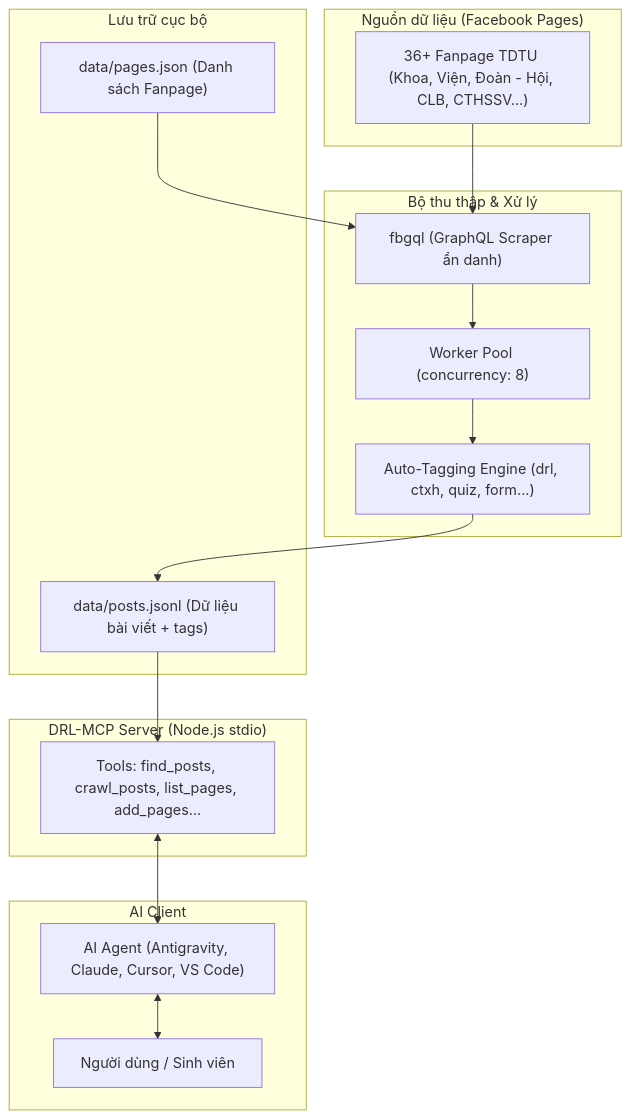
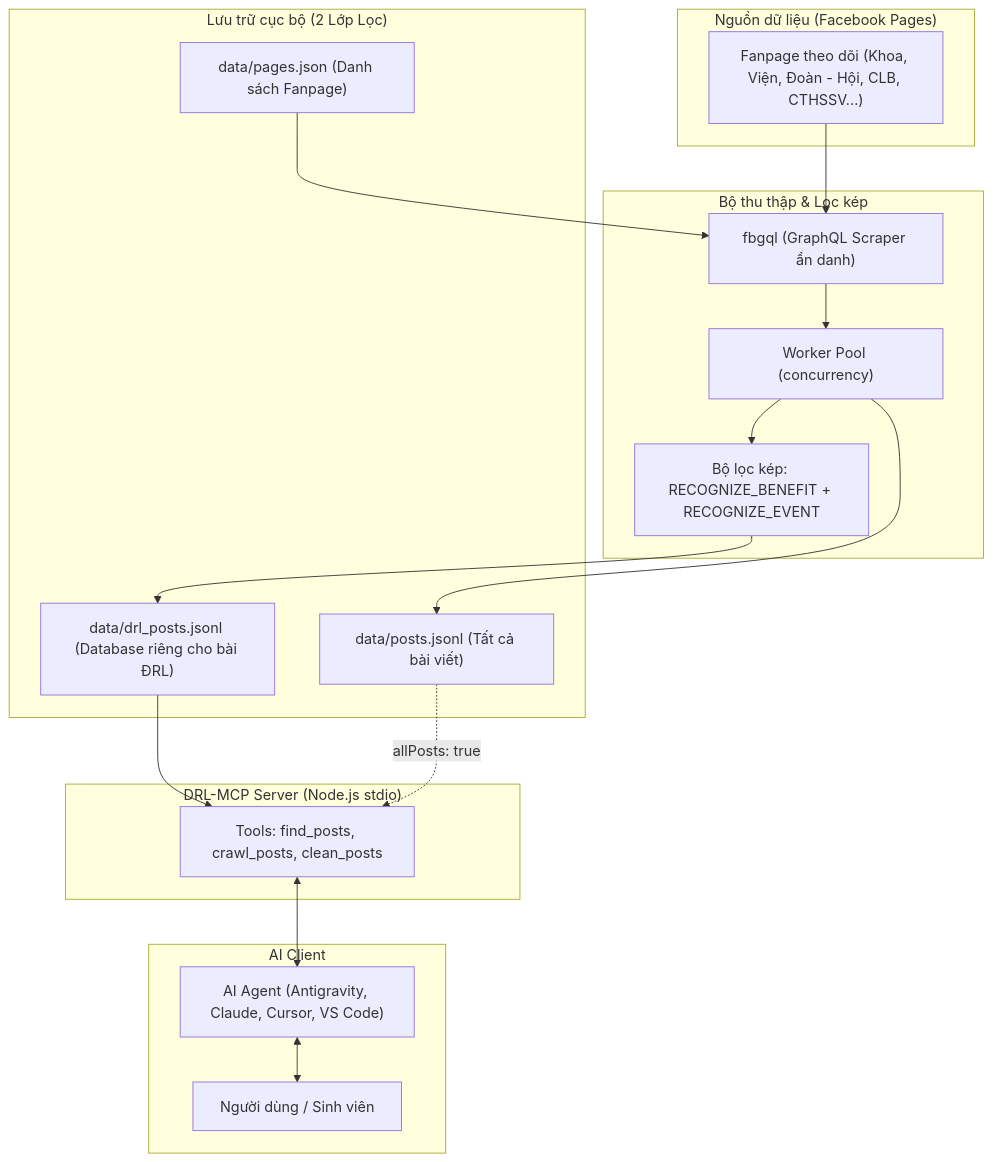
One commit to MinhKhoa05/DRL-MCP changed the diagram in README.md. Above: the diagram before and after it, drawn with Mermaid. The commit also changed other lines of this file and 6 other files, not shown here.

Commit message:
refactor: streamline MCP tools, introduce two-tier DRL storage, and rename skill to fb-drl-tracker

````diff
--- a/README.md
+++ b/README.md
@@ -18,33 +18,36 @@
 ```mermaid
 flowchart TD
     subgraph Sources["Nguồn dữ liệu (Facebook Pages)"]
-        FB["36+ Fanpage TDTU (Khoa, Viện, Đoàn - Hội, CLB, CTHSSV...)"]
+        FB["Fanpage theo dõi (Khoa, Viện, Đoàn - Hội, CLB, CTHSSV...)"]
     end
 
-    subgraph Crawler["Bộ thu thập & Xử lý"]
+    subgraph Crawler["Bộ thu thập & Lọc kép"]
         GQL["fbgql (GraphQL Scraper ẩn danh)"]
-        POOL["Worker Pool (concurrency: 8)"]
-        TAG["Auto-Tagging Engine (drl, ctxh, quiz, form...)"]
-        GQL --> POOL --> TAG
+        POOL["Worker Pool (concurrency)"]
+        FILTER["Bộ lọc kép: RECOGNIZE_BENEFIT + RECOGNIZE_EVENT"]
+        GQL --> POOL --> FILTER
     end
 
-    subgraph Storage["Lưu trữ cục bộ"]
+    subgraph Storage["Lưu trữ cục bộ (2 Lớp Lọc)"]
         PAGES["data/pages.json (Danh sách Fanpage)"]
-        POSTS["data/posts.jsonl (Dữ liệu bài viết + tags)"]
+        ALL["data/posts.jsonl (Tất cả bài viết)"]
+        DRL["data/drl_posts.jsonl (Database riêng cho bài ĐRL)"]
     end
 
     subgraph Server["DRL-MCP Server (Node.js stdio)"]
-        TOOLS["Tools: find_posts, crawl_posts, list_pages, add_pages..."]
+        TOOLS["Tools: find_posts, crawl_posts, clean_posts"]
     end
 
     subgraph Client["AI Client"]
         AGENT["AI Agent (Antigravity, Claude, Cursor, VS Code)"]
         USER["Người dùng / Sinh viên"]
     end
 
     FB --> GQL
     PAGES --> GQL
-    TAG --> POSTS
-    POSTS --> TOOLS
+    POOL --> ALL
+    FILTER --> DRL
+    DRL --> TOOLS
+    ALL -. "allPosts: true" .-> TOOLS
     TOOLS <--> AGENT <--> USER
 ```
````
